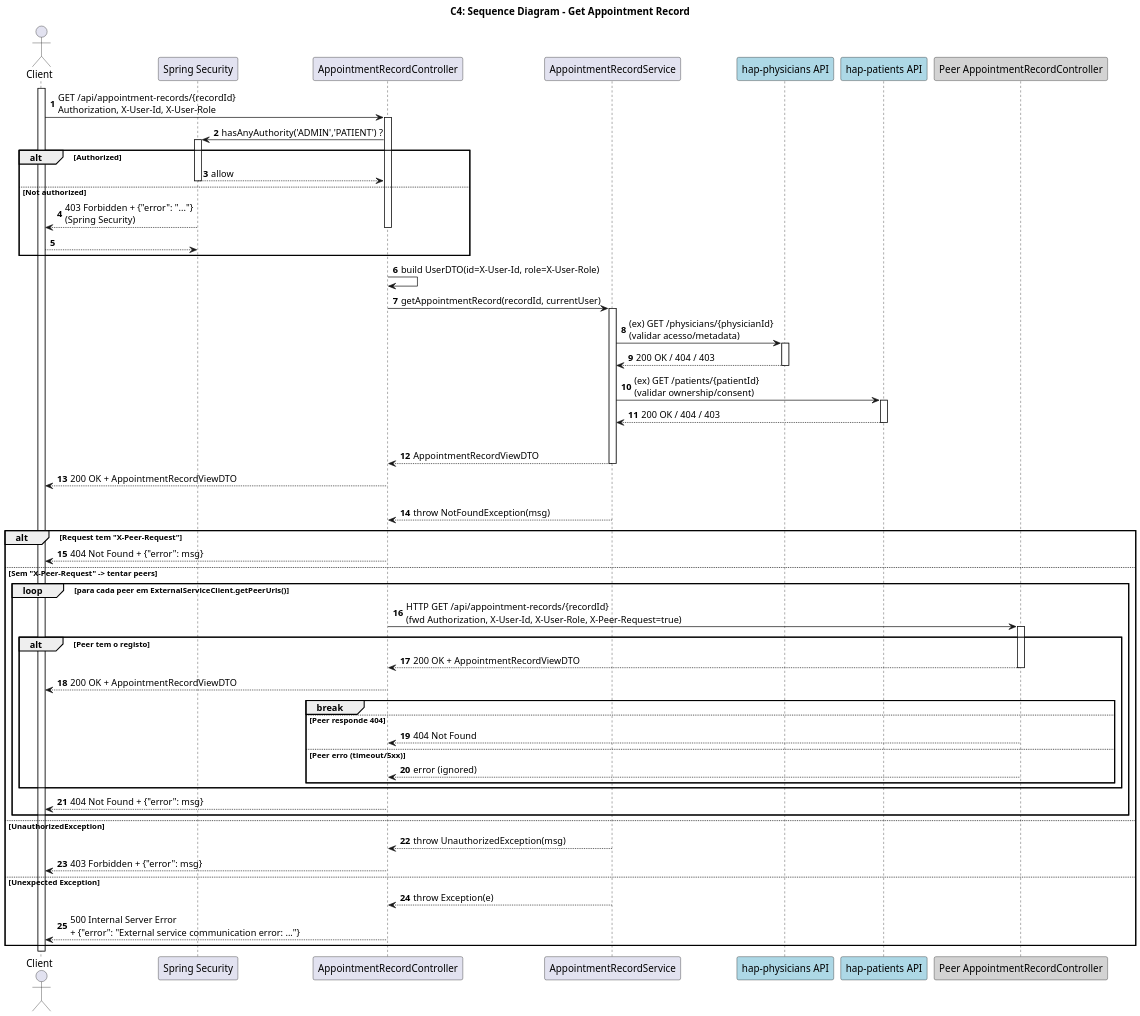
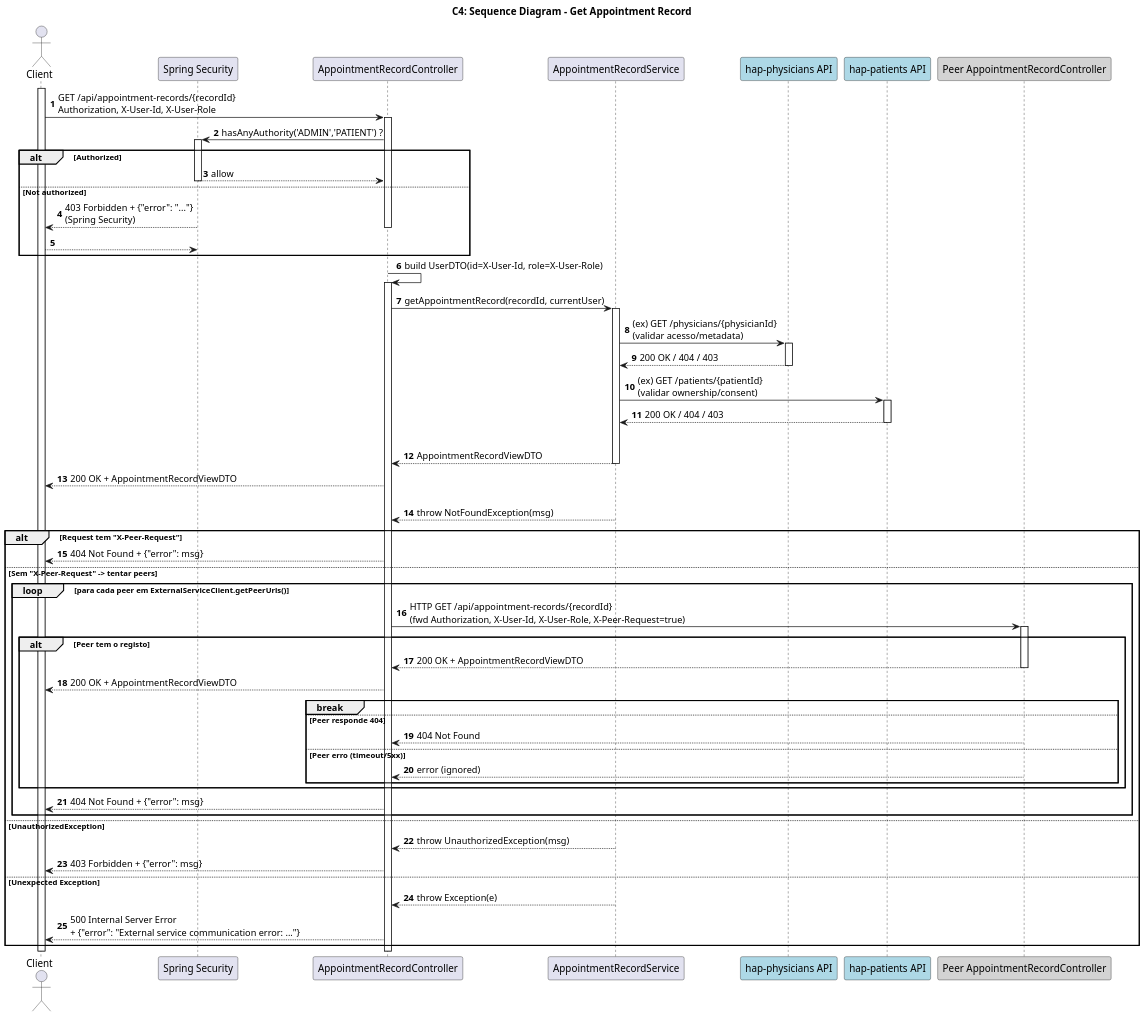
One commit to pedrods05/LETI_SIDIS_3DA_6 changed the diagram in DOCS/C4+1/C4+1-GetAppointmentRecord-Sequence.puml. Above: the diagram before and after it, drawn with PlantUML. The commit also changed 8 other files, not shown here.

Commit message:
diagramas

```diff
--- a/DOCS/C4+1/C4+1-GetAppointmentRecord-Sequence.puml
+++ b/DOCS/C4+1/C4+1-GetAppointmentRecord-Sequence.puml
@@ -1,106 +1,102 @@
 @startuml
 ' C4+1 — Get Appointment Record (layered)
 skinparam dpi 150
 skinparam shadowing false
 skinparam DefaultFontName Arial
 
 title C4: Sequence Diagram - Get Appointment Record
 
 actor "Client" as C
 participant "Spring Security" as SEC
 participant "AppointmentRecordController" as ARC
 participant "AppointmentRecordService" as ARS
 participant "hap-physicians API" as HPHY #lightblue
 participant "hap-patients API" as HPAT #lightblue
 participant "Peer AppointmentRecordController" as ARC_PEER #lightgray
 
 autonumber
 activate C
 ' ---- Request & Security Gate ----
 C -> ARC : GET /api/appointment-records/{recordId}\nAuthorization, X-User-Id, X-User-Role
 activate ARC
 ARC -> SEC : hasAnyAuthority('ADMIN','PATIENT') ?
 activate SEC
 alt Authorized
   SEC --> ARC : allow
   deactivate SEC
 else Not authorized
   SEC --> C : 403 Forbidden + {"error": "..."}\n(Spring Security)
   deactivate SEC
   deactivate ARC
   return
 end
 
 ' ---- Build current user ----
 ARC -> ARC : build UserDTO(id=X-User-Id, role=X-User-Role)
 
 ' ---- Controller -> Service ----
+activate ARC
 ARC -> ARS : getAppointmentRecord(recordId, currentUser)
 activate ARS
 
 ' ---- (Service) External lookups/validations ----
 ' 1) Verifica permissões/ownership e enriquece dados via serviços externos
 ARS -> HPHY : (ex) GET /physicians/{physicianId}\n(validar acesso/metadata)
 activate HPHY
 HPHY --> ARS : 200 OK / 404 / 403
 deactivate HPHY
 
 ARS -> HPAT : (ex) GET /patients/{patientId}\n(validar ownership/consent)
 activate HPAT
 HPAT --> ARS : 200 OK / 404 / 403
 deactivate HPAT
 
 ' ---- Outcomes do service mapeados pelo controller ----
 alt Record found
   ARS --> ARC : AppointmentRecordViewDTO
   deactivate ARS
   ARC --> C : 200 OK + AppointmentRecordViewDTO
-  deactivate ARC
 else NotFoundException
   ARS --> ARC : throw NotFoundException(msg)
   deactivate ARS
 
   ' ---- Anti-loop guard ----
   alt Request tem "X-Peer-Request"
     ARC --> C : 404 Not Found + {"error": msg}
-    deactivate ARC
   else Sem "X-Peer-Request" -> tentar peers
     ' Preparar cabeçalhos reencaminhados: Authorization, X-User-Id, X-User-Role, X-Peer-Request=true
     loop para cada peer em ExternalServiceClient.getPeerUrls()
       ARC -> ARC_PEER : HTTP GET /api/appointment-records/{recordId}\n(fwd Authorization, X-User-Id, X-User-Role, X-Peer-Request=true)
       activate ARC_PEER
       alt Peer tem o registo
         ARC_PEER --> ARC : 200 OK + AppointmentRecordViewDTO
         deactivate ARC_PEER
         ARC --> C : 200 OK + AppointmentRecordViewDTO
-        deactivate ARC
         break
       else Peer responde 404
         ARC_PEER --> ARC : 404 Not Found
         deactivate ARC_PEER
         ' continua para próximo peer
       else Peer erro (timeout/5xx)
         ARC_PEER --> ARC : error (ignored)
         deactivate ARC_PEER
         ' continua para próximo peer
       end
     end
     ' Nenhum peer devolveu sucesso
     ARC --> C : 404 Not Found + {"error": msg}
-    deactivate ARC
   end
 
 else UnauthorizedException
+activate ARC
   ARS --> ARC : throw UnauthorizedException(msg)
   deactivate ARS
   ARC --> C : 403 Forbidden + {"error": msg}
-  deactivate ARC
 
 else Unexpected Exception
   ARS --> ARC : throw Exception(e)
   deactivate ARS
   ARC --> C : 500 Internal Server Error\n+ {"error": "External service communication error: ..."}
-  deactivate ARC
 end
 
 @enduml
```
